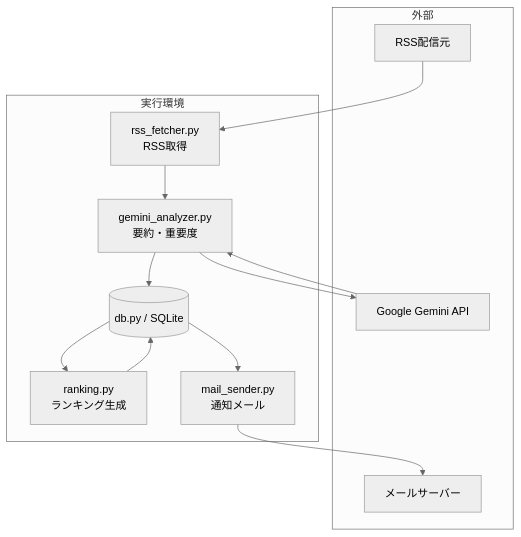
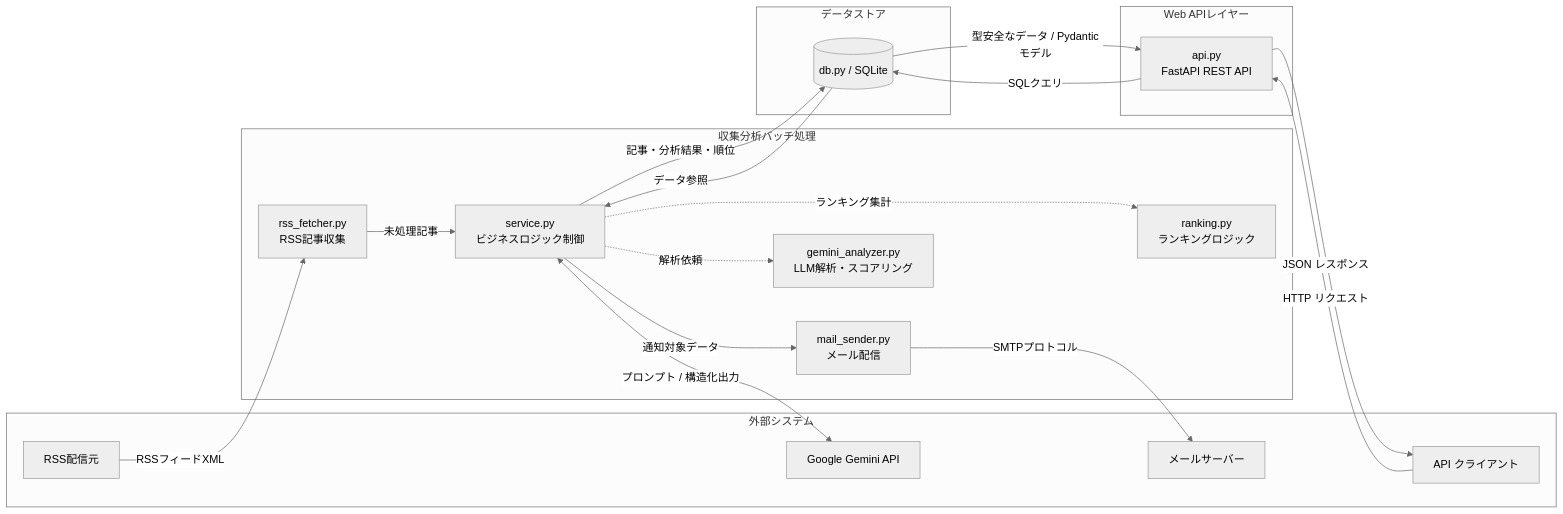
The first of 2 diagrams in README.md (neucorino/itnews-autocollector), drawn with Mermaid (neutral theme) before and after one commit. The commit also changed other lines of this file and 2 other files, not shown here.

````diff
--- a/README.md
+++ b/README.md
@@ -149,26 +159,48 @@
 ```mermaid
-flowchart TD
-    subgraph External [外部]
+flowchart LR
+    subgraph 外部システム
         Web[RSS配信元]
         GeminiAPI[Google Gemini API]
         SMTP[メールサーバー]
+        Client[API クライアント]
     end
 
-    subgraph Server [実行環境]
-        fetch[rss_fetcher.py<br/>RSS取得]
-        analyze[gemini_analyzer.py<br/>要約・重要度]
-        storage[(db.py / SQLite)]
-        rank[ranking.py<br/>ランキング生成]
-        notify[mail_sender.py<br/>通知メール]
+    subgraph 収集分析バッチ処理
+        fetch[rss_fetcher.py<br/>RSS記事収集]
+        service[service.py<br/>ビジネスロジック制御]
+        analyze[gemini_analyzer.py<br/>LLM解析・スコアリング]
+        rank[ranking.py<br/>ランキングロジック]
+        notify[mail_sender.py<br/>メール配信]
     end
 
-    Web --> fetch
-    fetch --> analyze
-    analyze --> GeminiAPI
-    GeminiAPI --> analyze
-    analyze --> storage
-    storage --> rank
-    rank --> storage
-    storage --> notify
-    notify --> SMTP
+    subgraph データストア
+        storage[(db.py / SQLite)]
+    end
+
+    subgraph Web APIレイヤー
+        api[api.py<br/>FastAPI REST API]
+    end
+
+    %% バッチ処理のデータフロー
+    Web -->|RSSフィードXML| fetch
+    fetch -->|未処理記事| service
+    
+    service <-->|プロンプト / 構造化出力| GeminiAPI
+    service -.->|解析依頼| analyze
+    service -.->|ランキング集計| rank
+    
+    service -->|記事・分析結果・順位| storage
+    storage -->|データ参照| service
+    
+    service -->|通知対象データ| notify
+    notify -->|SMTPプロトコル| SMTP
+
+    %% REST APIのデータフロー
+    Client -->|HTTP リクエスト| api
+    api -->|SQLクエリ| storage
+    storage -->|型安全なデータ / Pydanticモデル| api
+    api -->|JSON レスポンス| Client
+
+    %% レイアウト微調整用の不可視線
+    analyze ~~~ rank
 ```
````
